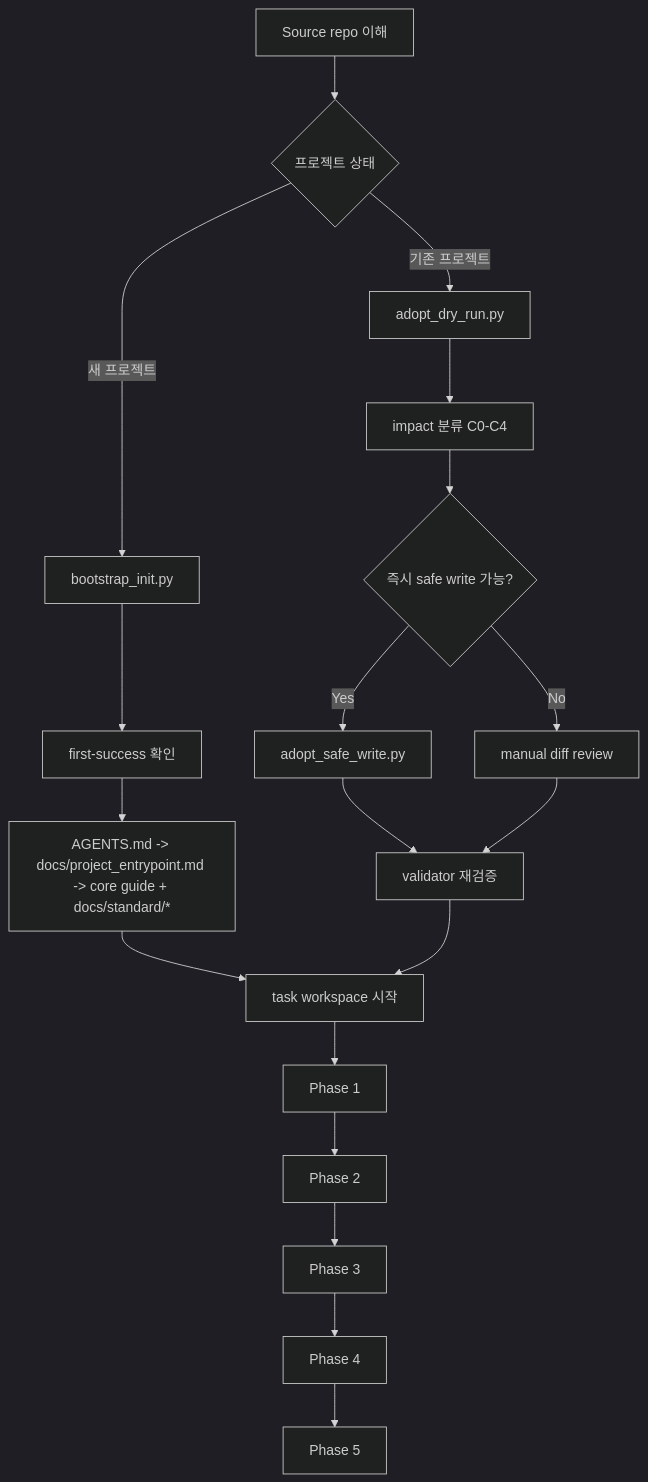
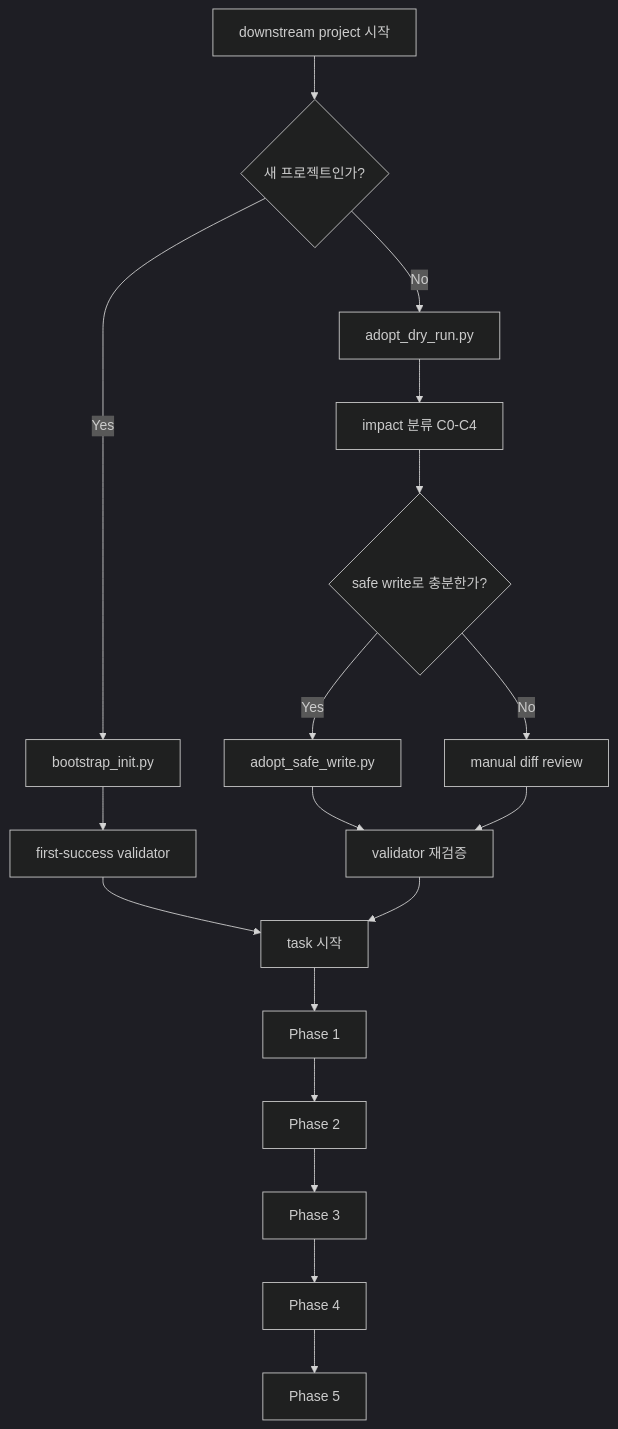
The third of 9 diagrams in README.md (JisungValue/harness-kit), drawn with Mermaid (dark theme) before and after one commit. The commit also changed other lines of this file, not shown here.

Commit message:
refocus README on downstream harness flow

````diff
--- a/README.md
+++ b/README.md
@@ -44,24 +50,22 @@
 ```mermaid
 flowchart TD
-    A[Source repo 이해] --> B{프로젝트 상태}
-    B -->|새 프로젝트| C[bootstrap_init.py]
-    B -->|기존 프로젝트| D[adopt_dry_run.py]
+    A[downstream project 시작] --> B{새 프로젝트인가?}
+    B -->|Yes| C[bootstrap_init.py]
+    B -->|No| D[adopt_dry_run.py]
 
-    C --> E[first-success 확인]
-    E --> F[AGENTS.md -> docs/project_entrypoint.md -> core guide + docs/standard/*]
-    F --> G[task workspace 시작]
+    C --> E[first-success validator]
+    D --> F[impact 분류 C0-C4]
+    F --> G{safe write로 충분한가?}
+    G -->|Yes| H[adopt_safe_write.py]
+    G -->|No| I[manual diff review]
+    H --> J[validator 재검증]
+    I --> J
+    E --> K[task 시작]
+    J --> K
 
-    D --> H[impact 분류 C0-C4]
-    H --> I{즉시 safe write 가능?}
-    I -->|Yes| J[adopt_safe_write.py]
-    I -->|No| K[manual diff review]
-    J --> L[validator 재검증]
-    K --> L
-    L --> G
-
-    G --> M[Phase 1]
-    M --> N[Phase 2]
-    N --> O[Phase 3]
-    O --> P[Phase 4]
-    P --> Q[Phase 5]
+    K --> L[Phase 1]
+    L --> M[Phase 2]
+    M --> N[Phase 3]
+    N --> O[Phase 4]
+    O --> P[Phase 5]
 ```
````
